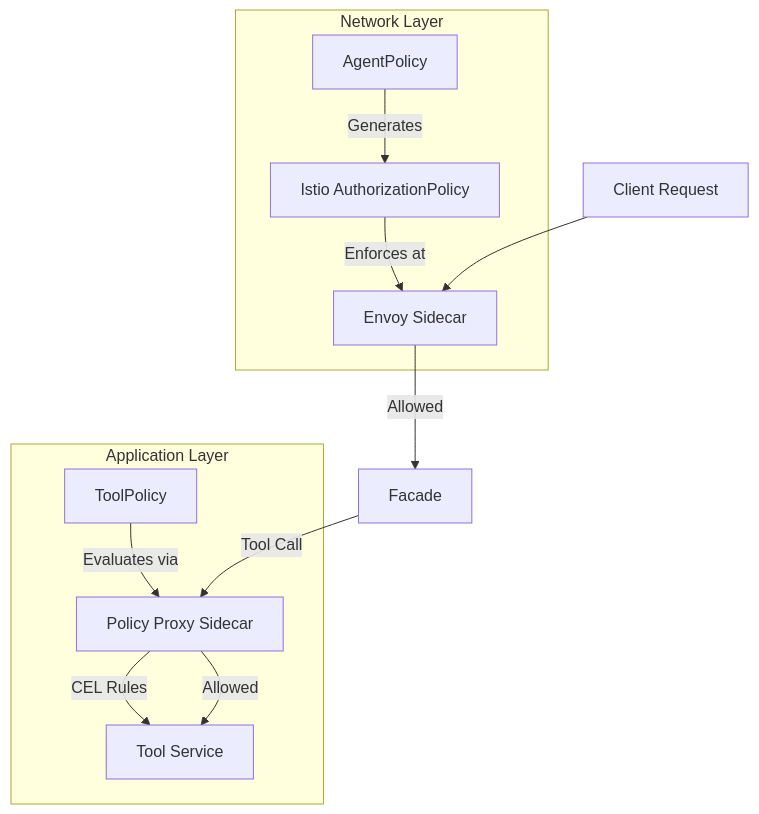
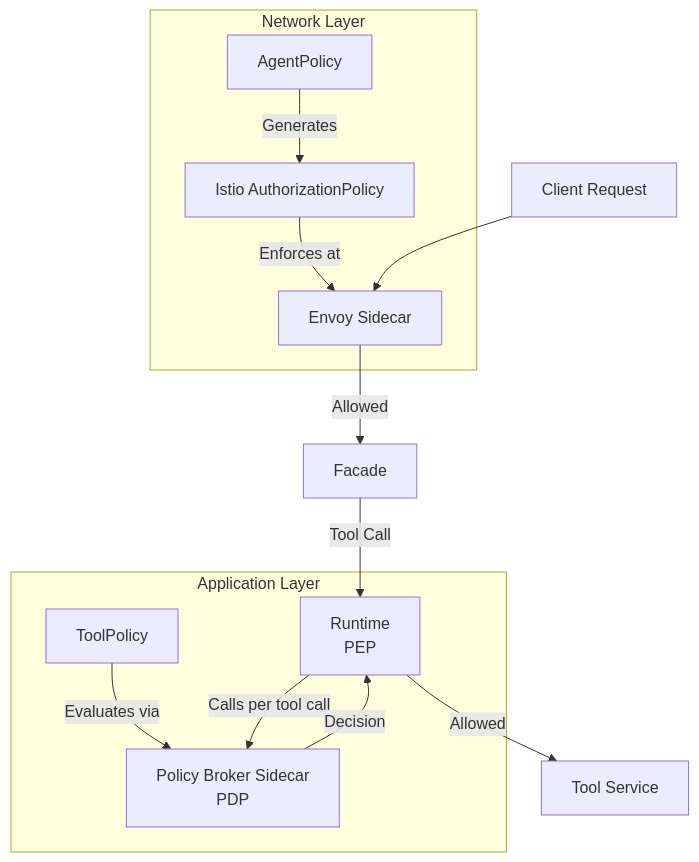
One commit to AltairaLabs/Omnia changed the first of 3 diagrams in docs/src/content/docs/explanation/security/policy-engine.md. Above: the diagram before and after it, drawn with Mermaid. The commit also changed other lines of this file and 7 other files, not shown here.

First line of the commit message:
docs: reconcile policy-engine/ToolPolicy docs to the policy-broker model (retire policy-proxy references)

````diff
--- a/docs/src/content/docs/explanation/security/policy-engine.md
+++ b/docs/src/content/docs/explanation/security/policy-engine.md
@@ -26,17 +26,18 @@
 ```mermaid
 graph TB
     subgraph "Network Layer"
         AP[AgentPolicy] -->|Generates| IAP[Istio AuthorizationPolicy]
         IAP -->|Enforces at| SIDECAR[Envoy Sidecar]
     end
 
     subgraph "Application Layer"
-        TP[ToolPolicy] -->|Evaluates via| PROXY[Policy Proxy Sidecar]
-        PROXY -->|CEL Rules| UPSTREAM[Tool Service]
+        TP[ToolPolicy] -->|Evaluates via| BROKER[Policy Broker Sidecar<br/>PDP]
+        RUNTIME[Runtime<br/>PEP] -->|Calls per tool call| BROKER
+        BROKER -->|Decision| RUNTIME
     end
 
     CLIENT[Client Request] --> SIDECAR
     SIDECAR -->|Allowed| FACADE[Facade]
-    FACADE -->|Tool Call| PROXY
-    PROXY -->|Allowed| UPSTREAM
+    FACADE -->|Tool Call| RUNTIME
+    RUNTIME -->|Allowed| UPSTREAM[Tool Service]
 ```
````
